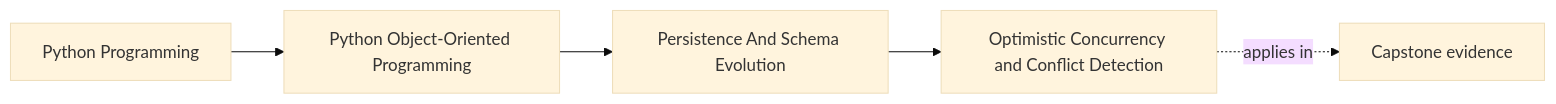
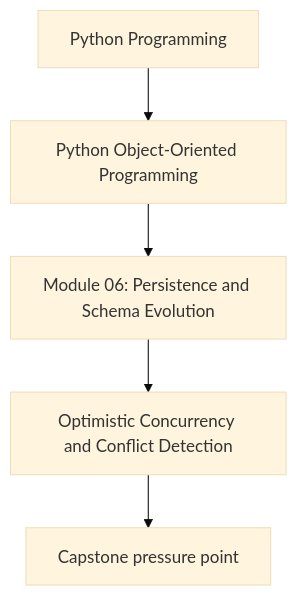
The first of 2 diagrams in programs/python-programming/python-object-oriented-programming/course-book/module-06-persistence-and-schema-evolution/optimistic-concurrency-and-conflict-detection.md (bijux/bijux-masterclass), drawn with Mermaid (base theme) before and after one commit. The commit also changed other lines of this file and 107 other files, not shown here.

Commit message:
docs(python-object-oriented-programming): align concept page diagrams

````diff
--- a/programs/python-programming/python-object-oriented-programming/course-book/module-06-persistence-and-schema-evolution/optimistic-concurrency-and-conflict-detection.md
+++ b/programs/python-programming/python-object-oriented-programming/course-book/module-06-persistence-and-schema-evolution/optimistic-concurrency-and-conflict-detection.md
@@ -7,11 +7,7 @@
 ```mermaid
-graph LR
-  family["Python Programming"]
-  program["Python Object-Oriented Programming"]
-  section["Persistence And Schema Evolution"]
-  page["Optimistic Concurrency and Conflict Detection"]
-  capstone["Capstone evidence"]
-
-  family --> program --> section --> page
-  page -.applies in.-> capstone
+flowchart TD
+  family["Python Programming"] --> program["Python Object-Oriented Programming"]
+  program --> module["Module 06: Persistence and Schema Evolution"]
+  module --> concept["Optimistic Concurrency and Conflict Detection"]
+  concept --> capstone["Capstone pressure point"]
 ```
````
